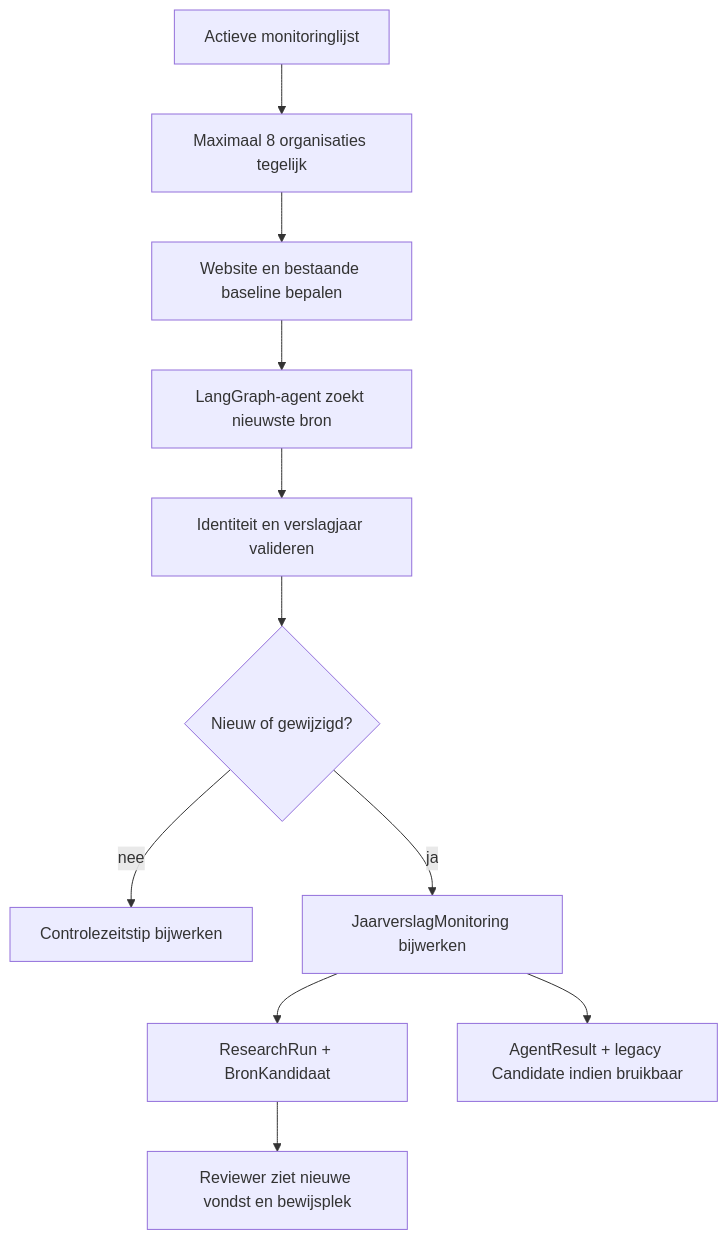
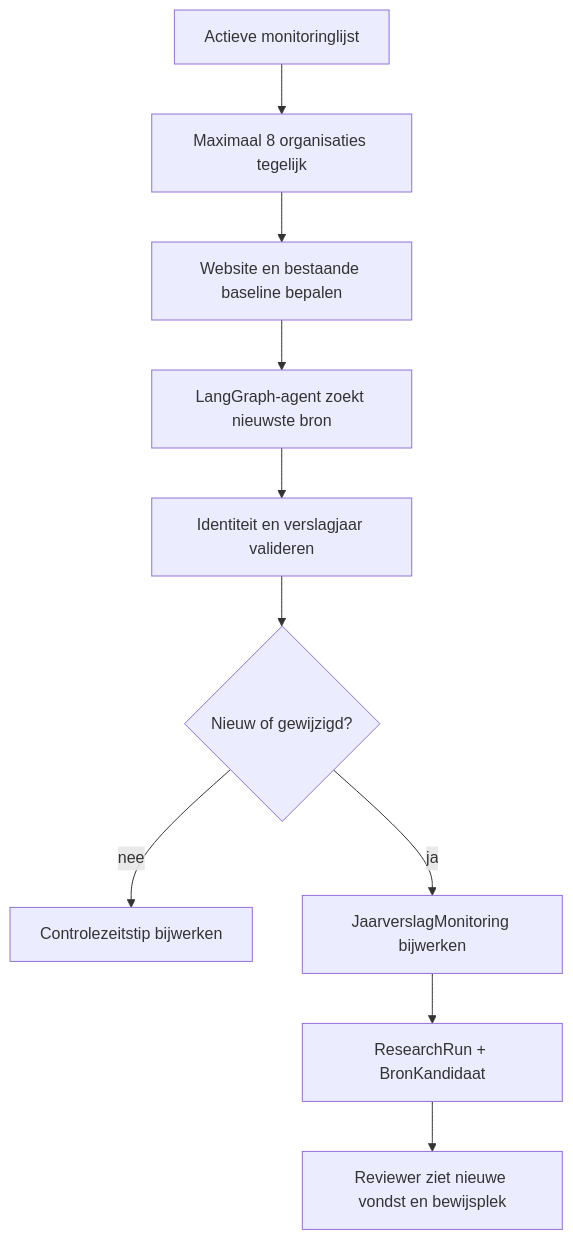
One commit to arryaetil/KYC4etil changed the tenth of 10 diagrams in README.md. Above: the diagram before and after it, drawn with Mermaid. The commit also changed other lines of this file, not shown here.

Commit message:
docs: focus README on active research flow

````diff
--- a/README.md
+++ b/README.md
@@ -382,13 +372,12 @@
 ```mermaid
 flowchart TD
     A["Actieve monitoringlijst"] --> B["Maximaal 8 organisaties tegelijk"]
     B --> C["Website en bestaande baseline bepalen"]
     C --> D["LangGraph-agent zoekt nieuwste bron"]
     D --> E["Identiteit en verslagjaar valideren"]
     E --> F{"Nieuw of gewijzigd?"}
     F -- "nee" --> G["Controlezeitstip bijwerken"]
     F -- "ja" --> H["JaarverslagMonitoring bijwerken"]
     H --> I["ResearchRun + BronKandidaat"]
-    H --> J["AgentResult + legacy Candidate indien bruikbaar"]
     I --> K["Reviewer ziet nieuwe vondst en bewijsplek"]
 ```
````
